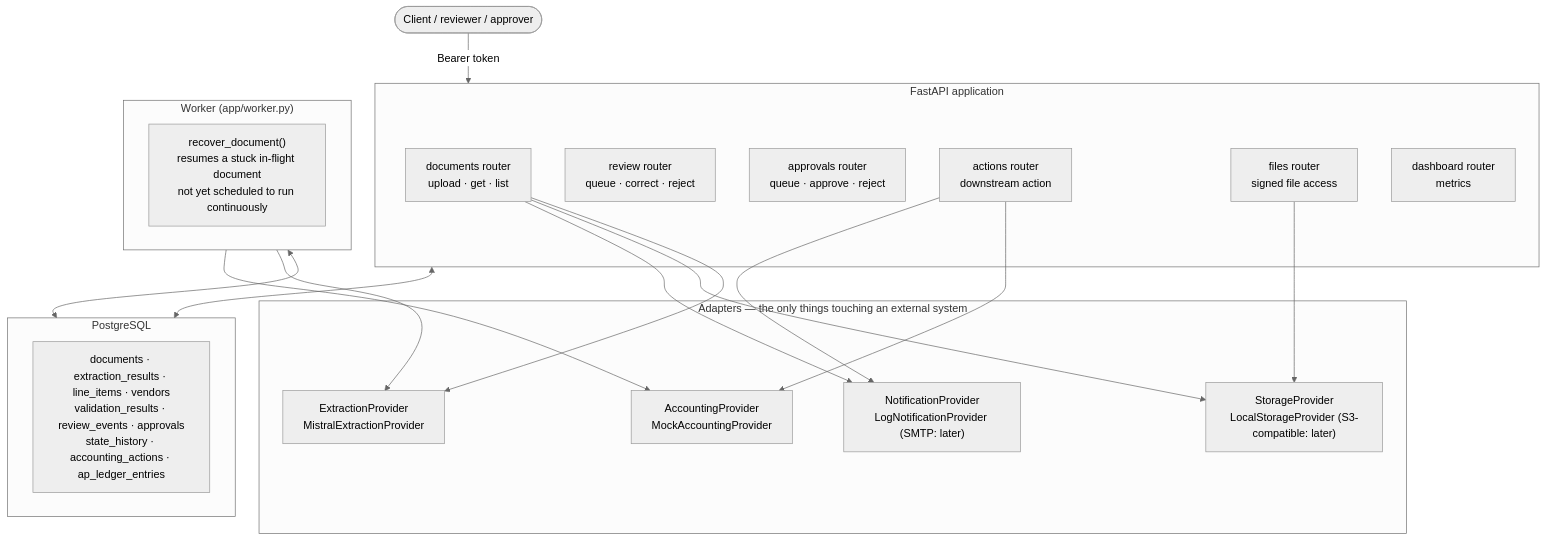
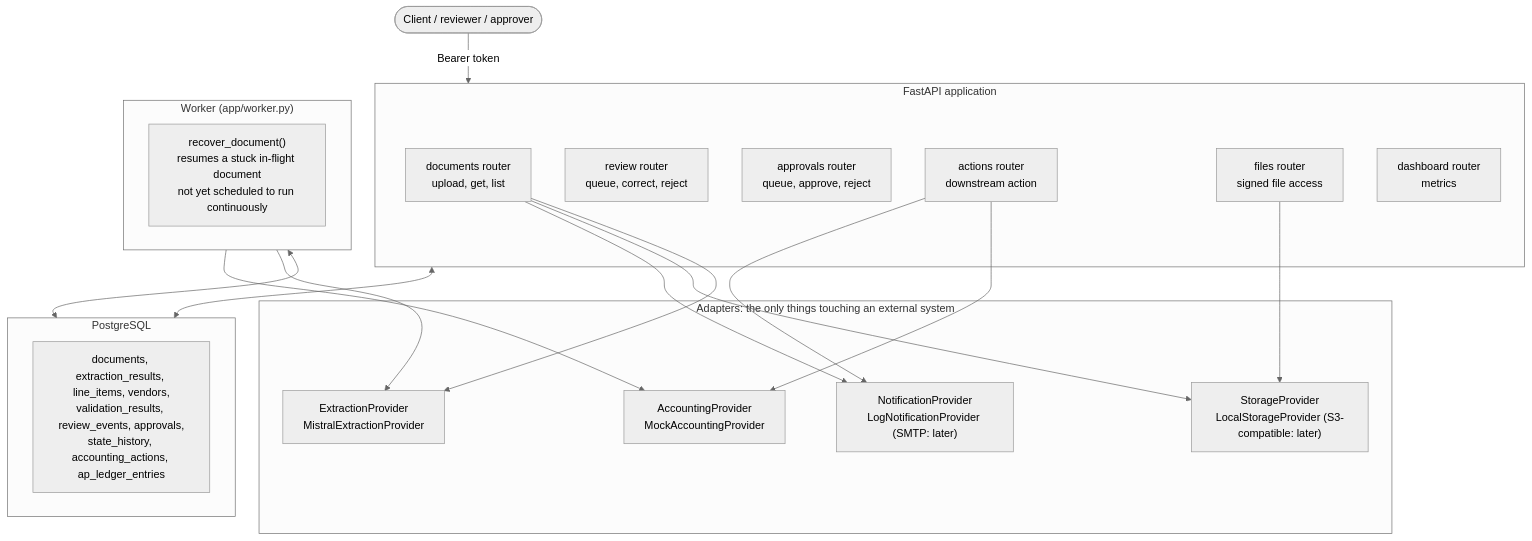
The diagram in docs/architecture.md (ankkaush/extract-to-act), drawn with Mermaid (neutral theme) before and after one commit.

Commit message:
Fix Mermaid diagram: use <br/> not \n for node-label line breaks
The diagram in docs/architecture.md (Phase 18) used literal \n inside
quoted node/subgraph labels for line breaks. That silently fails to
render on GitHub's bundled Mermaid version (no error shown, no
fallback to raw text -- the whole block just disappears from the
rendered page), confirmed by inspecting the live page's DOM: no SVG,
no raw mermaid code block, no error message, just absent. <br/> is
the universally-supported way to break lines inside a flowchart node
label and is what GitHub's renderer actually expects.

````diff
--- a/docs/architecture.md
+++ b/docs/architecture.md
@@ -53,38 +53,38 @@
 ```mermaid
 flowchart TB
     subgraph api["FastAPI application"]
-        documents["documents router\nupload · get · list"]
-        review["review router\nqueue · correct · reject"]
-        approvals["approvals router\nqueue · approve · reject"]
-        actions["actions router\ndownstream action"]
-        files["files router\nsigned file access"]
-        dashboard["dashboard router\nmetrics"]
+        documents["documents router<br/>upload, get, list"]
+        review["review router<br/>queue, correct, reject"]
+        approvals["approvals router<br/>queue, approve, reject"]
+        actions["actions router<br/>downstream action"]
+        files["files router<br/>signed file access"]
+        dashboard["dashboard router<br/>metrics"]
     end
 
     subgraph db["PostgreSQL"]
-        tables["documents · extraction_results · line_items · vendors\nvalidation_results · review_events · approvals\nstate_history · accounting_actions · ap_ledger_entries"]
+        tables["documents, extraction_results, line_items, vendors,<br/>validation_results, review_events, approvals,<br/>state_history, accounting_actions, ap_ledger_entries"]
     end
 
     subgraph worker["Worker (app/worker.py)"]
-        recover["recover_document()\nresumes a stuck in-flight document\nnot yet scheduled to run continuously"]
+        recover["recover_document()<br/>resumes a stuck in-flight document<br/>not yet scheduled to run continuously"]
     end
 
-    subgraph adapters["Adapters — the only things touching an external system"]
-        extraction["ExtractionProvider\nMistralExtractionProvider"]
-        storage["StorageProvider\nLocalStorageProvider (S3-compatible: later)"]
-        accounting["AccountingProvider\nMockAccountingProvider"]
-        notification["NotificationProvider\nLogNotificationProvider (SMTP: later)"]
+    subgraph adapters["Adapters: the only things touching an external system"]
+        extraction["ExtractionProvider<br/>MistralExtractionProvider"]
+        storage["StorageProvider<br/>LocalStorageProvider (S3-compatible: later)"]
+        accounting["AccountingProvider<br/>MockAccountingProvider"]
+        notification["NotificationProvider<br/>LogNotificationProvider (SMTP: later)"]
     end
 
     client(["Client / reviewer / approver"]) -->|"Bearer token"| api
     api <--> db
     worker <--> db
     documents --> extraction
     documents --> storage
     files --> storage
     actions --> accounting
     documents --> notification
     actions --> notification
     worker --> extraction
     worker --> accounting
 ```
````
